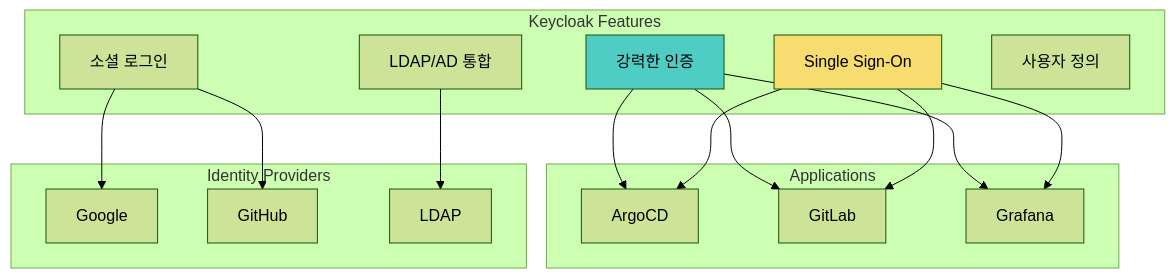
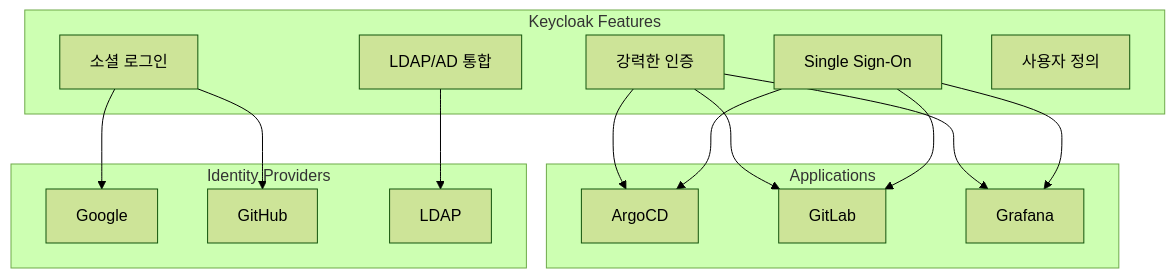
Before and after one commit to juwon8891/juwon8891.github.io: the second of 4 diagrams in docs/cicd/week5-argocd-security-keycloak.md, drawn with Mermaid (forest theme). The commit also changed 18 other files, not shown here.

Commit message:
Remove bright colors from Mermaid diagrams for dark mode compatibility

````diff
--- a/docs/cicd/week5-argocd-security-keycloak.md
+++ b/docs/cicd/week5-argocd-security-keycloak.md
@@ -411,36 +411,34 @@
 ```mermaid
 graph TB
     subgraph "Keycloak Features"
         AUTH[강력한 인증]
         SSO[Single Sign-On]
         SOCIAL[소셜 로그인]
         LDAP[LDAP/AD 통합]
         CUSTOM[사용자 정의]
     end
 
     subgraph "Applications"
         APP1[ArgoCD]
         APP2[GitLab]
         APP3[Grafana]
     end
 
     subgraph "Identity Providers"
         IDP1[Google]
         IDP2[GitHub]
         IDP3[LDAP]
     end
 
     SOCIAL --> IDP1
     SOCIAL --> IDP2
     LDAP --> IDP3
 
     AUTH --> APP1
     SSO --> APP1
     AUTH --> APP2
     SSO --> APP2
     AUTH --> APP3
     SSO --> APP3
 
-    style AUTH fill:#4ECDC4
-    style SSO fill:#F7DC6F
 ```
````
